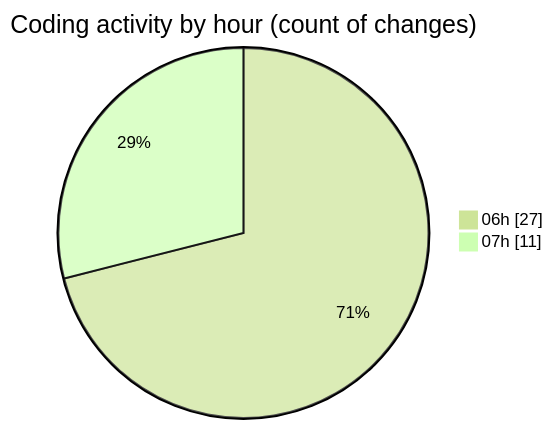
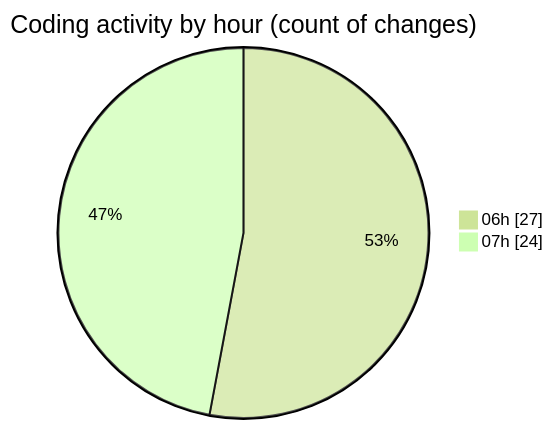
Before and after one commit to ernivani/code-tracking: the second of 2 diagrams in 2025-01-03/impin_fr/README.md, drawn with Mermaid (forest theme). The commit also changed other lines of this file and 4 other files, not shown here.

````diff
--- a/2025-01-03/impin_fr/README.md
+++ b/2025-01-03/impin_fr/README.md
@@ -42,6 +43,6 @@
 ```mermaid
 pie showData
 title Coding activity by hour (count of changes)
 "06h" : 27
-"07h" : 11
+"07h" : 24
 ```
````
